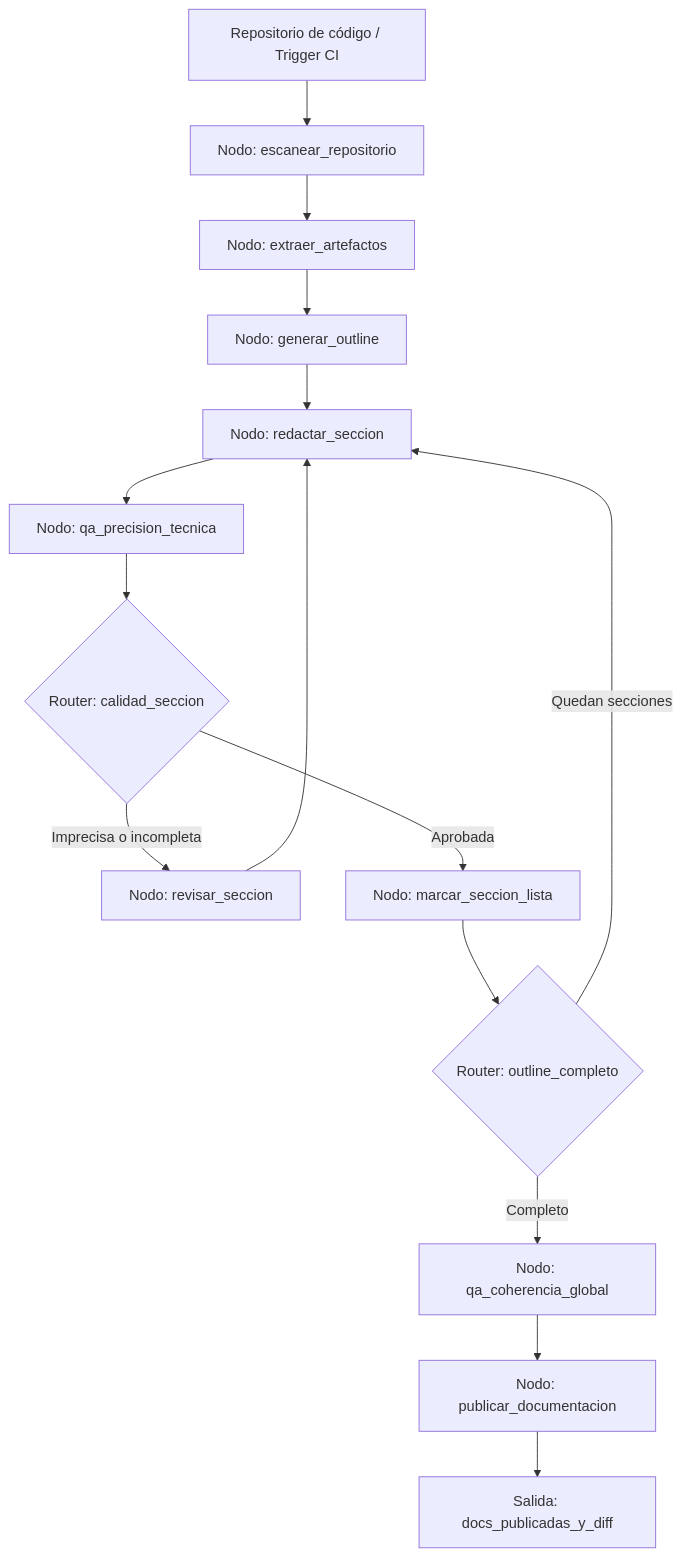
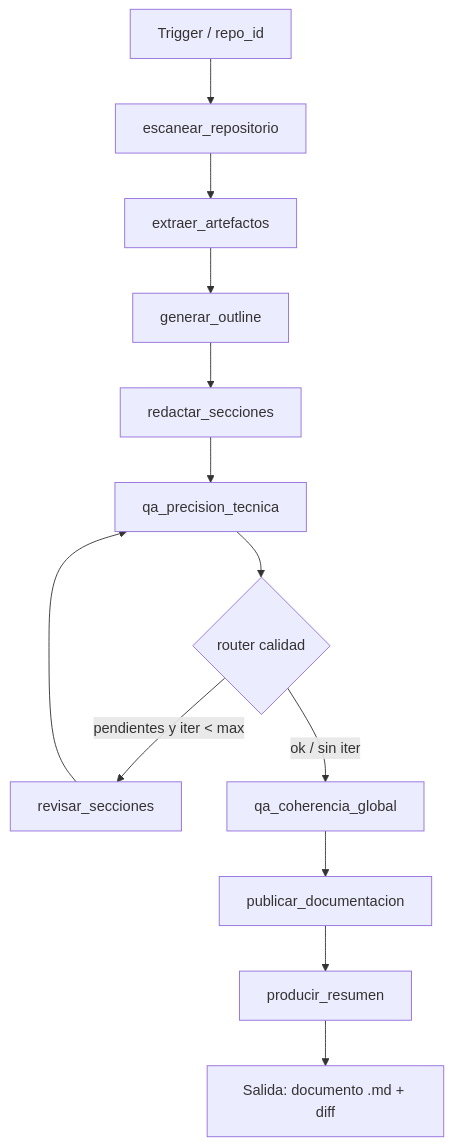
One commit to vladimiracunadev-create/langgraph-realworld changed the diagram in cases/21-docs-auto/README.md. Above: the diagram before and after it, drawn with Mermaid. The commit also changed other lines of this file and 25 other files, not shown here.

````diff
--- a/cases/21-docs-auto/README.md
+++ b/cases/21-docs-auto/README.md
@@ -16,17 +16,15 @@
 ```mermaid
 graph TD
-    A[Repositorio de código / Trigger CI] --> B[Nodo: escanear_repositorio]
-    B --> C[Nodo: extraer_artefactos]
-    C --> D[Nodo: generar_outline]
-    D --> E[Nodo: redactar_seccion]
-    E --> F[Nodo: qa_precision_tecnica]
-    F --> G{Router: calidad_seccion}
-    G -->|Imprecisa o incompleta| H[Nodo: revisar_seccion]
-    H --> E
-    G -->|Aprobada| I[Nodo: marcar_seccion_lista]
-    I --> J{Router: outline_completo}
-    J -->|Quedan secciones| E
-    J -->|Completo| K[Nodo: qa_coherencia_global]
-    K --> L[Nodo: publicar_documentacion]
-    L --> M[Salida: docs_publicadas_y_diff]
+    A[Trigger / repo_id] --> B[escanear_repositorio]
+    B --> C[extraer_artefactos]
+    C --> D[generar_outline]
+    D --> E[redactar_secciones]
+    E --> F[qa_precision_tecnica]
+    F --> G{router calidad}
+    G -->|pendientes y iter < max| H[revisar_secciones]
+    H --> F
+    G -->|ok / sin iter| I[qa_coherencia_global]
+    I --> J[publicar_documentacion]
+    J --> K[producir_resumen]
+    K --> L[Salida: documento .md + diff]
 ```
````
